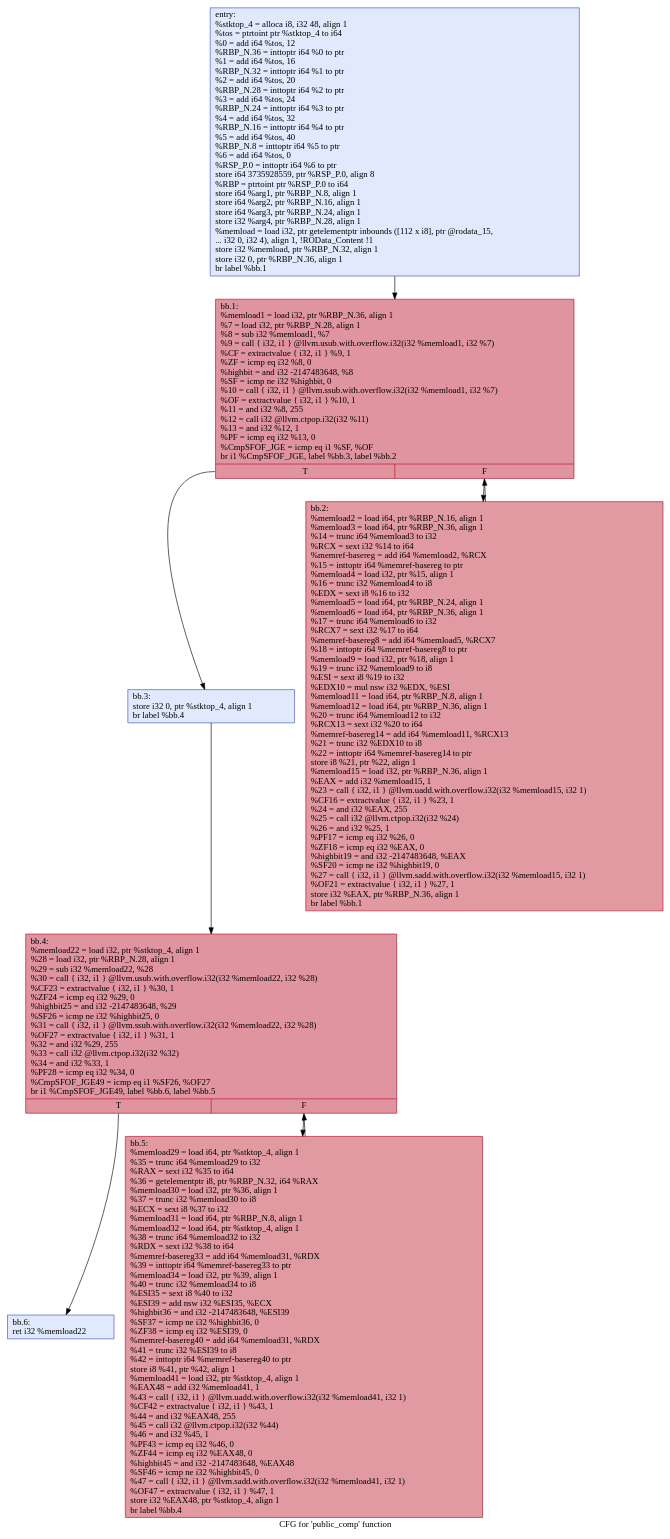
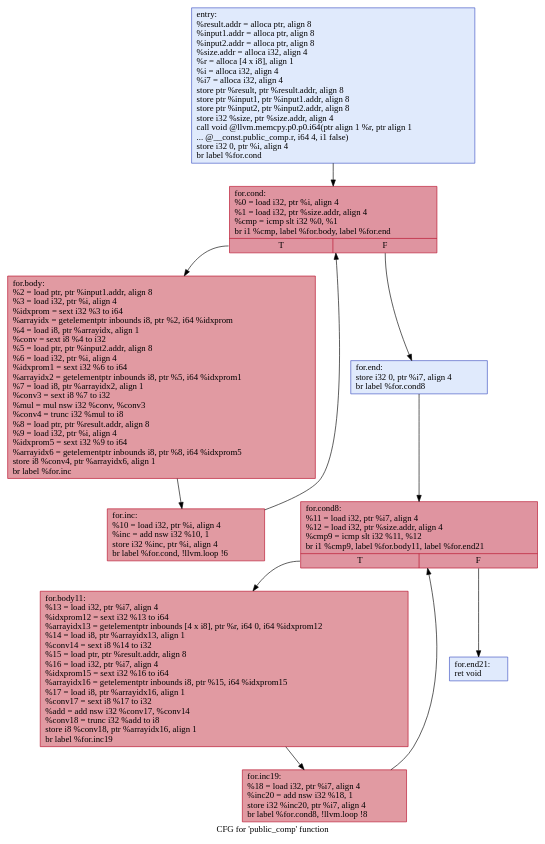
Before and after one commit to aayush54/583_cipherfast: the diagram in dot/tmp/.public_comp.dot, drawn with Graphviz. The commit also changed 22 other files, not shown here.

Commit message:
Added all cfg graphs

```diff
--- a/dot/tmp/.public_comp.dot
+++ b/dot/tmp/.public_comp.dot
@@ -1,19 +1,23 @@
 digraph "CFG for 'public_comp' function" {
 	label="CFG for 'public_comp' function";
 
-	Node0x5565e7ba0000 [shape=record,color="#3d50c3ff", style=filled, fillcolor="#b9d0f970",label="{entry:\l  %stktop_4 = alloca i8, i32 48, align 1\l  %tos = ptrtoint ptr %stktop_4 to i64\l  %0 = add i64 %tos, 12\l  %RBP_N.36 = inttoptr i64 %0 to ptr\l  %1 = add i64 %tos, 16\l  %RBP_N.32 = inttoptr i64 %1 to ptr\l  %2 = add i64 %tos, 20\l  %RBP_N.28 = inttoptr i64 %2 to ptr\l  %3 = add i64 %tos, 24\l  %RBP_N.24 = inttoptr i64 %3 to ptr\l  %4 = add i64 %tos, 32\l  %RBP_N.16 = inttoptr i64 %4 to ptr\l  %5 = add i64 %tos, 40\l  %RBP_N.8 = inttoptr i64 %5 to ptr\l  %6 = add i64 %tos, 0\l  %RSP_P.0 = inttoptr i64 %6 to ptr\l  store i64 3735928559, ptr %RSP_P.0, align 8\l  %RBP = ptrtoint ptr %RSP_P.0 to i64\l  store i64 %arg1, ptr %RBP_N.8, align 1\l  store i64 %arg2, ptr %RBP_N.16, align 1\l  store i64 %arg3, ptr %RBP_N.24, align 1\l  store i32 %arg4, ptr %RBP_N.28, align 1\l  %memload = load i32, ptr getelementptr inbounds ([112 x i8], ptr @rodata_15,\l... i32 0, i32 4), align 1, !ROData_Content !1\l  store i32 %memload, ptr %RBP_N.32, align 1\l  store i32 0, ptr %RBP_N.36, align 1\l  br label %bb.1\l}"];
-	Node0x5565e7ba0000 -> Node0x5565e7baa960;
-	Node0x5565e7baa960 [shape=record,color="#b70d28ff", style=filled, fillcolor="#b70d2870",label="{bb.1:                                             \l  %memload1 = load i32, ptr %RBP_N.36, align 1\l  %7 = load i32, ptr %RBP_N.28, align 1\l  %8 = sub i32 %memload1, %7\l  %9 = call \{ i32, i1 \} @llvm.usub.with.overflow.i32(i32 %memload1, i32 %7)\l  %CF = extractvalue \{ i32, i1 \} %9, 1\l  %ZF = icmp eq i32 %8, 0\l  %highbit = and i32 -2147483648, %8\l  %SF = icmp ne i32 %highbit, 0\l  %10 = call \{ i32, i1 \} @llvm.ssub.with.overflow.i32(i32 %memload1, i32 %7)\l  %OF = extractvalue \{ i32, i1 \} %10, 1\l  %11 = and i32 %8, 255\l  %12 = call i32 @llvm.ctpop.i32(i32 %11)\l  %13 = and i32 %12, 1\l  %PF = icmp eq i32 %13, 0\l  %CmpSFOF_JGE = icmp eq i1 %SF, %OF\l  br i1 %CmpSFOF_JGE, label %bb.3, label %bb.2\l|{<s0>T|<s1>F}}"];
-	Node0x5565e7baa960:s0 -> Node0x5565e7bab880;
-	Node0x5565e7baa960:s1 -> Node0x5565e7bab8f0;
-	Node0x5565e7bab8f0 [shape=record,color="#b70d28ff", style=filled, fillcolor="#bb1b2c70",label="{bb.2:                                             \l  %memload2 = load i64, ptr %RBP_N.16, align 1\l  %memload3 = load i64, ptr %RBP_N.36, align 1\l  %14 = trunc i64 %memload3 to i32\l  %RCX = sext i32 %14 to i64\l  %memref-basereg = add i64 %memload2, %RCX\l  %15 = inttoptr i64 %memref-basereg to ptr\l  %memload4 = load i32, ptr %15, align 1\l  %16 = trunc i32 %memload4 to i8\l  %EDX = sext i8 %16 to i32\l  %memload5 = load i64, ptr %RBP_N.24, align 1\l  %memload6 = load i64, ptr %RBP_N.36, align 1\l  %17 = trunc i64 %memload6 to i32\l  %RCX7 = sext i32 %17 to i64\l  %memref-basereg8 = add i64 %memload5, %RCX7\l  %18 = inttoptr i64 %memref-basereg8 to ptr\l  %memload9 = load i32, ptr %18, align 1\l  %19 = trunc i32 %memload9 to i8\l  %ESI = sext i8 %19 to i32\l  %EDX10 = mul nsw i32 %EDX, %ESI\l  %memload11 = load i64, ptr %RBP_N.8, align 1\l  %memload12 = load i64, ptr %RBP_N.36, align 1\l  %20 = trunc i64 %memload12 to i32\l  %RCX13 = sext i32 %20 to i64\l  %memref-basereg14 = add i64 %memload11, %RCX13\l  %21 = trunc i32 %EDX10 to i8\l  %22 = inttoptr i64 %memref-basereg14 to ptr\l  store i8 %21, ptr %22, align 1\l  %memload15 = load i32, ptr %RBP_N.36, align 1\l  %EAX = add i32 %memload15, 1\l  %23 = call \{ i32, i1 \} @llvm.uadd.with.overflow.i32(i32 %memload15, i32 1)\l  %CF16 = extractvalue \{ i32, i1 \} %23, 1\l  %24 = and i32 %EAX, 255\l  %25 = call i32 @llvm.ctpop.i32(i32 %24)\l  %26 = and i32 %25, 1\l  %PF17 = icmp eq i32 %26, 0\l  %ZF18 = icmp eq i32 %EAX, 0\l  %highbit19 = and i32 -2147483648, %EAX\l  %SF20 = icmp ne i32 %highbit19, 0\l  %27 = call \{ i32, i1 \} @llvm.sadd.with.overflow.i32(i32 %memload15, i32 1)\l  %OF21 = extractvalue \{ i32, i1 \} %27, 1\l  store i32 %EAX, ptr %RBP_N.36, align 1\l  br label %bb.1\l}"];
-	Node0x5565e7bab8f0 -> Node0x5565e7baa960;
-	Node0x5565e7bab880 [shape=record,color="#3d50c3ff", style=filled, fillcolor="#b9d0f970",label="{bb.3:                                             \l  store i32 0, ptr %stktop_4, align 1\l  br label %bb.4\l}"];
-	Node0x5565e7bab880 -> Node0x5565e7badaa0;
-	Node0x5565e7badaa0 [shape=record,color="#b70d28ff", style=filled, fillcolor="#b70d2870",label="{bb.4:                                             \l  %memload22 = load i32, ptr %stktop_4, align 1\l  %28 = load i32, ptr %RBP_N.28, align 1\l  %29 = sub i32 %memload22, %28\l  %30 = call \{ i32, i1 \} @llvm.usub.with.overflow.i32(i32 %memload22, i32 %28)\l  %CF23 = extractvalue \{ i32, i1 \} %30, 1\l  %ZF24 = icmp eq i32 %29, 0\l  %highbit25 = and i32 -2147483648, %29\l  %SF26 = icmp ne i32 %highbit25, 0\l  %31 = call \{ i32, i1 \} @llvm.ssub.with.overflow.i32(i32 %memload22, i32 %28)\l  %OF27 = extractvalue \{ i32, i1 \} %31, 1\l  %32 = and i32 %29, 255\l  %33 = call i32 @llvm.ctpop.i32(i32 %32)\l  %34 = and i32 %33, 1\l  %PF28 = icmp eq i32 %34, 0\l  %CmpSFOF_JGE49 = icmp eq i1 %SF26, %OF27\l  br i1 %CmpSFOF_JGE49, label %bb.6, label %bb.5\l|{<s0>T|<s1>F}}"];
-	Node0x5565e7badaa0:s0 -> Node0x5565e7bae7d0;
-	Node0x5565e7badaa0:s1 -> Node0x5565e7bae840;
-	Node0x5565e7bae840 [shape=record,color="#b70d28ff", style=filled, fillcolor="#bb1b2c70",label="{bb.5:                                             \l  %memload29 = load i64, ptr %stktop_4, align 1\l  %35 = trunc i64 %memload29 to i32\l  %RAX = sext i32 %35 to i64\l  %36 = getelementptr i8, ptr %RBP_N.32, i64 %RAX\l  %memload30 = load i32, ptr %36, align 1\l  %37 = trunc i32 %memload30 to i8\l  %ECX = sext i8 %37 to i32\l  %memload31 = load i64, ptr %RBP_N.8, align 1\l  %memload32 = load i64, ptr %stktop_4, align 1\l  %38 = trunc i64 %memload32 to i32\l  %RDX = sext i32 %38 to i64\l  %memref-basereg33 = add i64 %memload31, %RDX\l  %39 = inttoptr i64 %memref-basereg33 to ptr\l  %memload34 = load i32, ptr %39, align 1\l  %40 = trunc i32 %memload34 to i8\l  %ESI35 = sext i8 %40 to i32\l  %ESI39 = add nsw i32 %ESI35, %ECX\l  %highbit36 = and i32 -2147483648, %ESI39\l  %SF37 = icmp ne i32 %highbit36, 0\l  %ZF38 = icmp eq i32 %ESI39, 0\l  %memref-basereg40 = add i64 %memload31, %RDX\l  %41 = trunc i32 %ESI39 to i8\l  %42 = inttoptr i64 %memref-basereg40 to ptr\l  store i8 %41, ptr %42, align 1\l  %memload41 = load i32, ptr %stktop_4, align 1\l  %EAX48 = add i32 %memload41, 1\l  %43 = call \{ i32, i1 \} @llvm.uadd.with.overflow.i32(i32 %memload41, i32 1)\l  %CF42 = extractvalue \{ i32, i1 \} %43, 1\l  %44 = and i32 %EAX48, 255\l  %45 = call i32 @llvm.ctpop.i32(i32 %44)\l  %46 = and i32 %45, 1\l  %PF43 = icmp eq i32 %46, 0\l  %ZF44 = icmp eq i32 %EAX48, 0\l  %highbit45 = and i32 -2147483648, %EAX48\l  %SF46 = icmp ne i32 %highbit45, 0\l  %47 = call \{ i32, i1 \} @llvm.sadd.with.overflow.i32(i32 %memload41, i32 1)\l  %OF47 = extractvalue \{ i32, i1 \} %47, 1\l  store i32 %EAX48, ptr %stktop_4, align 1\l  br label %bb.4\l}"];
-	Node0x5565e7bae840 -> Node0x5565e7badaa0;
-	Node0x5565e7bae7d0 [shape=record,color="#3d50c3ff", style=filled, fillcolor="#b9d0f970",label="{bb.6:                                             \l  ret i32 %memload22\l}"];
+	Node0x558a8c40b470 [shape=record,color="#3d50c3ff", style=filled, fillcolor="#b9d0f970",label="{entry:\l  %result.addr = alloca ptr, align 8\l  %input1.addr = alloca ptr, align 8\l  %input2.addr = alloca ptr, align 8\l  %size.addr = alloca i32, align 4\l  %r = alloca [4 x i8], align 1\l  %i = alloca i32, align 4\l  %i7 = alloca i32, align 4\l  store ptr %result, ptr %result.addr, align 8\l  store ptr %input1, ptr %input1.addr, align 8\l  store ptr %input2, ptr %input2.addr, align 8\l  store i32 %size, ptr %size.addr, align 4\l  call void @llvm.memcpy.p0.p0.i64(ptr align 1 %r, ptr align 1\l... @__const.public_comp.r, i64 4, i1 false)\l  store i32 0, ptr %i, align 4\l  br label %for.cond\l}"];
+	Node0x558a8c40b470 -> Node0x558a8c40beb0;
+	Node0x558a8c40beb0 [shape=record,color="#b70d28ff", style=filled, fillcolor="#b70d2870",label="{for.cond:                                         \l  %0 = load i32, ptr %i, align 4\l  %1 = load i32, ptr %size.addr, align 4\l  %cmp = icmp slt i32 %0, %1\l  br i1 %cmp, label %for.body, label %for.end\l|{<s0>T|<s1>F}}"];
+	Node0x558a8c40beb0:s0 -> Node0x558a8c40c2a0;
+	Node0x558a8c40beb0:s1 -> Node0x558a8c40c2f0;
+	Node0x558a8c40c2a0 [shape=record,color="#b70d28ff", style=filled, fillcolor="#bb1b2c70",label="{for.body:                                         \l  %2 = load ptr, ptr %input1.addr, align 8\l  %3 = load i32, ptr %i, align 4\l  %idxprom = sext i32 %3 to i64\l  %arrayidx = getelementptr inbounds i8, ptr %2, i64 %idxprom\l  %4 = load i8, ptr %arrayidx, align 1\l  %conv = sext i8 %4 to i32\l  %5 = load ptr, ptr %input2.addr, align 8\l  %6 = load i32, ptr %i, align 4\l  %idxprom1 = sext i32 %6 to i64\l  %arrayidx2 = getelementptr inbounds i8, ptr %5, i64 %idxprom1\l  %7 = load i8, ptr %arrayidx2, align 1\l  %conv3 = sext i8 %7 to i32\l  %mul = mul nsw i32 %conv, %conv3\l  %conv4 = trunc i32 %mul to i8\l  %8 = load ptr, ptr %result.addr, align 8\l  %9 = load i32, ptr %i, align 4\l  %idxprom5 = sext i32 %9 to i64\l  %arrayidx6 = getelementptr inbounds i8, ptr %8, i64 %idxprom5\l  store i8 %conv4, ptr %arrayidx6, align 1\l  br label %for.inc\l}"];
+	Node0x558a8c40c2a0 -> Node0x558a8c40c730;
+	Node0x558a8c40c730 [shape=record,color="#b70d28ff", style=filled, fillcolor="#bb1b2c70",label="{for.inc:                                          \l  %10 = load i32, ptr %i, align 4\l  %inc = add nsw i32 %10, 1\l  store i32 %inc, ptr %i, align 4\l  br label %for.cond, !llvm.loop !6\l}"];
+	Node0x558a8c40c730 -> Node0x558a8c40beb0;
+	Node0x558a8c40c2f0 [shape=record,color="#3d50c3ff", style=filled, fillcolor="#b9d0f970",label="{for.end:                                          \l  store i32 0, ptr %i7, align 4\l  br label %for.cond8\l}"];
+	Node0x558a8c40c2f0 -> Node0x558a8c40d790;
+	Node0x558a8c40d790 [shape=record,color="#b70d28ff", style=filled, fillcolor="#b70d2870",label="{for.cond8:                                        \l  %11 = load i32, ptr %i7, align 4\l  %12 = load i32, ptr %size.addr, align 4\l  %cmp9 = icmp slt i32 %11, %12\l  br i1 %cmp9, label %for.body11, label %for.end21\l|{<s0>T|<s1>F}}"];
+	Node0x558a8c40d790:s0 -> Node0x558a8c40da10;
+	Node0x558a8c40d790:s1 -> Node0x558a8c40da90;
+	Node0x558a8c40da10 [shape=record,color="#b70d28ff", style=filled, fillcolor="#bb1b2c70",label="{for.body11:                                       \l  %13 = load i32, ptr %i7, align 4\l  %idxprom12 = sext i32 %13 to i64\l  %arrayidx13 = getelementptr inbounds [4 x i8], ptr %r, i64 0, i64 %idxprom12\l  %14 = load i8, ptr %arrayidx13, align 1\l  %conv14 = sext i8 %14 to i32\l  %15 = load ptr, ptr %result.addr, align 8\l  %16 = load i32, ptr %i7, align 4\l  %idxprom15 = sext i32 %16 to i64\l  %arrayidx16 = getelementptr inbounds i8, ptr %15, i64 %idxprom15\l  %17 = load i8, ptr %arrayidx16, align 1\l  %conv17 = sext i8 %17 to i32\l  %add = add nsw i32 %conv17, %conv14\l  %conv18 = trunc i32 %add to i8\l  store i8 %conv18, ptr %arrayidx16, align 1\l  br label %for.inc19\l}"];
+	Node0x558a8c40da10 -> Node0x558a8c40e380;
+	Node0x558a8c40e380 [shape=record,color="#b70d28ff", style=filled, fillcolor="#bb1b2c70",label="{for.inc19:                                        \l  %18 = load i32, ptr %i7, align 4\l  %inc20 = add nsw i32 %18, 1\l  store i32 %inc20, ptr %i7, align 4\l  br label %for.cond8, !llvm.loop !8\l}"];
+	Node0x558a8c40e380 -> Node0x558a8c40d790;
+	Node0x558a8c40da90 [shape=record,color="#3d50c3ff", style=filled, fillcolor="#b9d0f970",label="{for.end21:                                        \l  ret void\l}"];
 }
```
